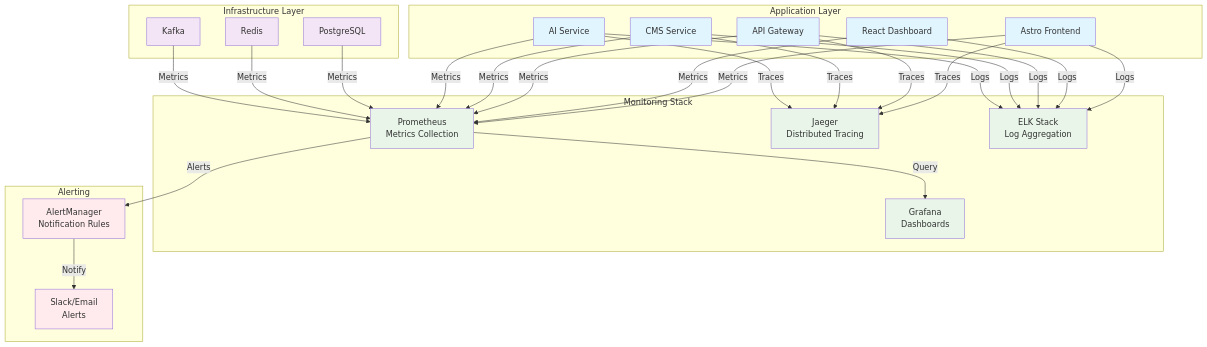
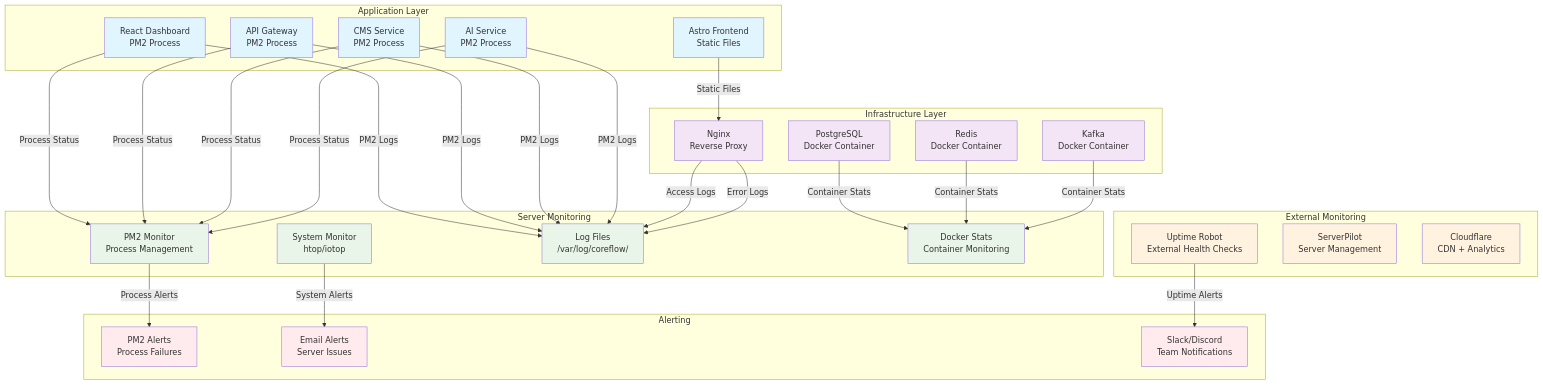
One commit to JeanFSZ/core-flow changed the seventh of 7 diagrams in infra/ARCHITECTURE-DIAGRAMS.md. Above: the diagram before and after it, drawn with Mermaid. The commit also changed other lines of this file and 3 other files, not shown here.

First line of the commit message:
docs: add server deployment architecture and scripts

````diff
--- a/infra/ARCHITECTURE-DIAGRAMS.md
+++ b/infra/ARCHITECTURE-DIAGRAMS.md
@@ -362,65 +377,72 @@
 ```mermaid
 graph TB
     subgraph "Application Layer"
-        A[Astro Frontend]
-        D[React Dashboard]
-        G[API Gateway]
-        C[CMS Service]
-        AI[AI Service]
+        A[Astro Frontend<br/>Static Files]
+        D[React Dashboard<br/>PM2 Process]
+        G[API Gateway<br/>PM2 Process]
+        C[CMS Service<br/>PM2 Process]
+        AI[AI Service<br/>PM2 Process]
     end
     
     subgraph "Infrastructure Layer"
-        PG[PostgreSQL]
-        R[Redis]
-        K[Kafka]
+        PG[PostgreSQL<br/>Docker Container]
+        R[Redis<br/>Docker Container]
+        K[Kafka<br/>Docker Container]
+        N[Nginx<br/>Reverse Proxy]
     end
     
-    subgraph "Monitoring Stack"
-        M1[Prometheus<br/>Metrics Collection]
-        M2[Grafana<br/>Dashboards]
-        M3[Jaeger<br/>Distributed Tracing]
-        M4[ELK Stack<br/>Log Aggregation]
+    subgraph "Server Monitoring"
+        M1[PM2 Monitor<br/>Process Management]
+        M2[System Monitor<br/>htop/iotop]
+        M3[Log Files<br/>/var/log/coreflow/]
+        M4[Docker Stats<br/>Container Monitoring]
+    end
+    
+    subgraph "External Monitoring"
+        M5[Uptime Robot<br/>External Health Checks]
+        M6[ServerPilot<br/>Server Management]
+        M7[Cloudflare<br/>CDN + Analytics]
     end
     
     subgraph "Alerting"
-        A1[AlertManager<br/>Notification Rules]
-        A2[Slack/Email<br/>Alerts]
+        A1[PM2 Alerts<br/>Process Failures]
+        A2[Email Alerts<br/>Server Issues]
+        A3[Slack/Discord<br/>Team Notifications]
     end
     
     %% Monitoring connections
-    A -->|Metrics| M1
-    D -->|Metrics| M1
-    G -->|Metrics| M1
-    C -->|Metrics| M1
-    AI -->|Metrics| M1
+    A -->|Static Files| N
+    D -->|PM2 Logs| M3
+    G -->|PM2 Logs| M3
+    C -->|PM2 Logs| M3
+    AI -->|PM2 Logs| M3
     
-    A -->|Traces| M3
-    G -->|Traces| M3
-    C -->|Traces| M3
-    AI -->|Traces| M3
+    D -->|Process Status| M1
+    G -->|Process Status| M1
+    C -->|Process Status| M1
+    AI -->|Process Status| M1
     
-    A -->|Logs| M4
-    D -->|Logs| M4
-    G -->|Logs| M4
-    C -->|Logs| M4
-    AI -->|Logs| M4
+    PG -->|Container Stats| M4
+    R -->|Container Stats| M4
+    K -->|Container Stats| M4
     
-    PG -->|Metrics| M1
-    R -->|Metrics| M1
-    K -->|Metrics| M1
+    N -->|Access Logs| M3
+    N -->|Error Logs| M3
     
-    M1 -->|Query| M2
-    M1 -->|Alerts| A1
-    A1 -->|Notify| A2
+    M1 -->|Process Alerts| A1
+    M2 -->|System Alerts| A2
+    M5 -->|Uptime Alerts| A3
     
     %% Styling
     classDef app fill:#e1f5fe
     classDef infra fill:#f3e5f5
     classDef monitoring fill:#e8f5e8
+    classDef external fill:#fff3e0
     classDef alerting fill:#ffebee
     
     class A,D,G,C,AI app
-    class PG,R,K infra
+    class PG,R,K,N infra
     class M1,M2,M3,M4 monitoring
-    class A1,A2 alerting
+    class M5,M6,M7 external
+    class A1,A2,A3 alerting
 ```
````
